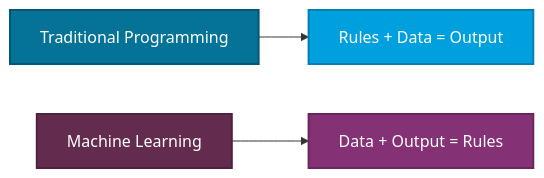
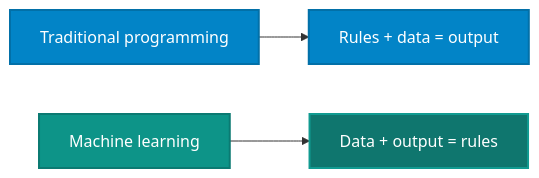
Before and after one commit to nitin27may/ai-resources: the diagram in docs/getting-started/index.md, drawn with Mermaid. The commit also changed other lines of this file and 84 other files, not shown here.

````diff
--- a/docs/getting-started/index.md
+++ b/docs/getting-started/index.md
@@ -26,10 +46,10 @@
 ```mermaid
 graph LR
-    A[Traditional Programming] --> B["Rules + Data = Output"]
-    C[Machine Learning] --> D["Data + Output = Rules"]
+    A[Traditional programming] --> B["Rules + data = output"]
+    C[Machine learning] --> D["Data + output = rules"]
 
-    style A fill:#057398,stroke:#045672,stroke-width:2px,color:#fff
-    style B fill:#00A0DF,stroke:#0080B3,stroke-width:2px,color:#fff
-    style C fill:#632C4F,stroke:#4E223E,stroke-width:2px,color:#fff
-    style D fill:#853175,stroke:#6A275E,stroke-width:2px,color:#fff
+    style A fill:#0284c7,stroke:#0270a8,stroke-width:2px,color:#fff
+    style B fill:#0284c7,stroke:#0270a8,stroke-width:2px,color:#fff
+    style C fill:#0d9488,stroke:#0b7a72,stroke-width:2px,color:#fff
+    style D fill:#0f766e,stroke:#119b91,stroke-width:2px,color:#fff
 ```
````
